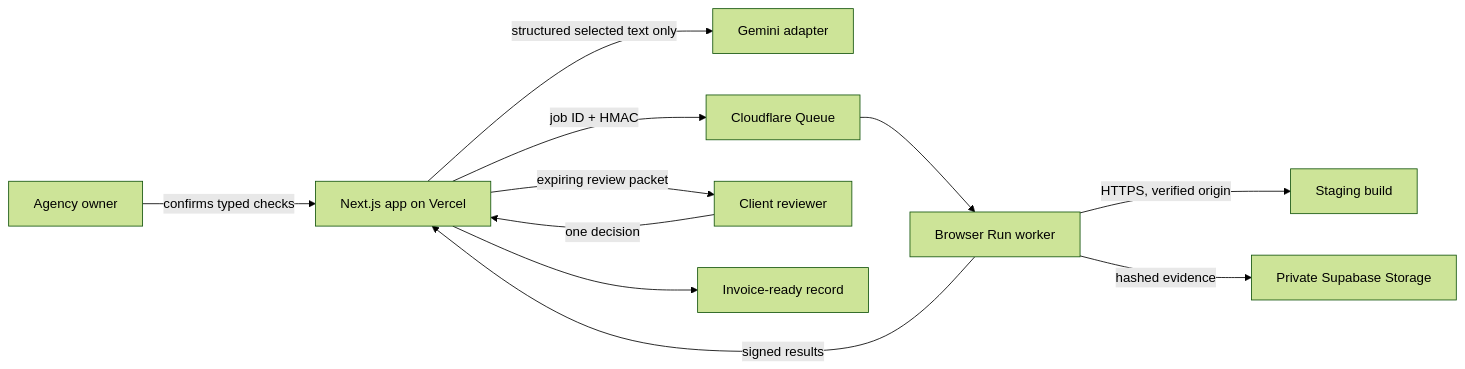
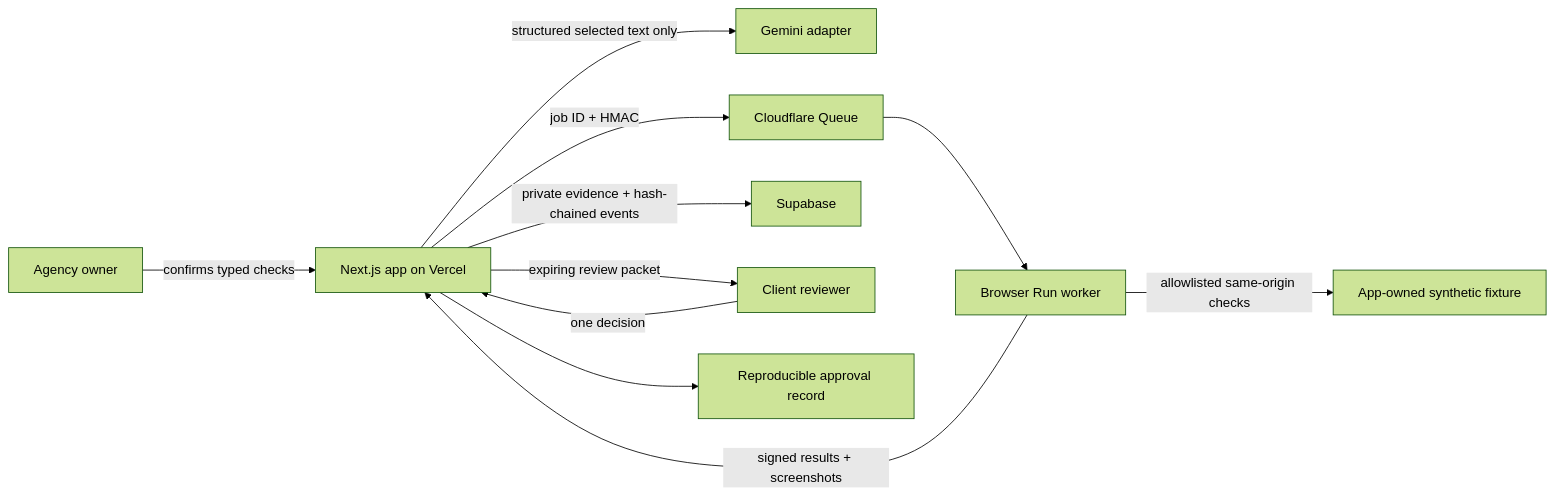
The diagram in docs/ARCHITECTURE.md (anayagarwalla-ai/greenlit), drawn with Mermaid (forest theme) before and after one commit. The commit also changed other lines of this file and 55 other files, not shown here.

````diff
--- a/docs/ARCHITECTURE.md
+++ b/docs/ARCHITECTURE.md
@@ -3,13 +3,13 @@
 ```mermaid
 flowchart LR
   O[Agency owner] -->|confirms typed checks| W[Next.js app on Vercel]
   W -->|structured selected text only| G[Gemini adapter]
   W -->|job ID + HMAC| Q[Cloudflare Queue]
   Q --> R[Browser Run worker]
-  R -->|HTTPS, verified origin| S[Staging build]
-  R -->|hashed evidence| B[Private Supabase Storage]
-  R -->|signed results| W
+  R -->|allowlisted same-origin checks| S[App-owned synthetic fixture]
+  R -->|signed results + screenshots| W
+  W -->|private evidence + hash-chained events| B[Supabase]
   W -->|expiring review packet| C[Client reviewer]
   C -->|one decision| W
-  W --> P[Invoice-ready record]
+  W --> P[Reproducible approval record]
 ```
````
